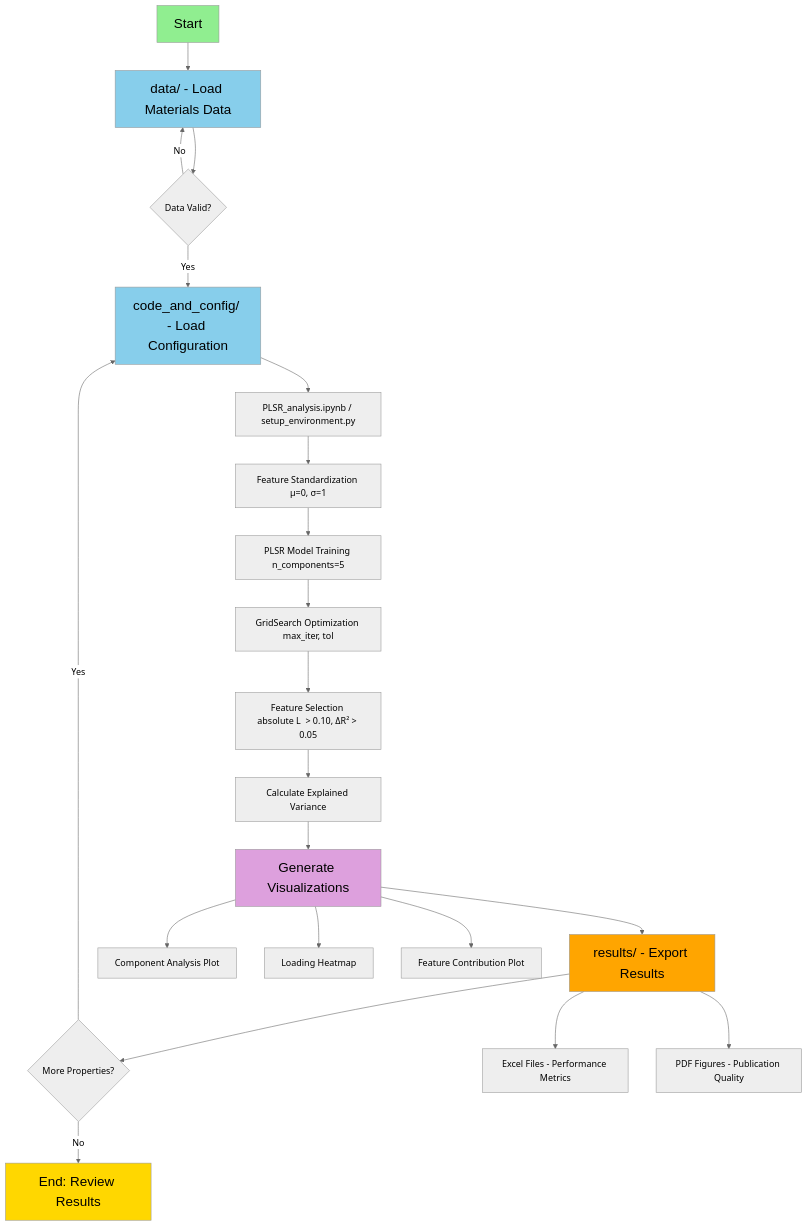
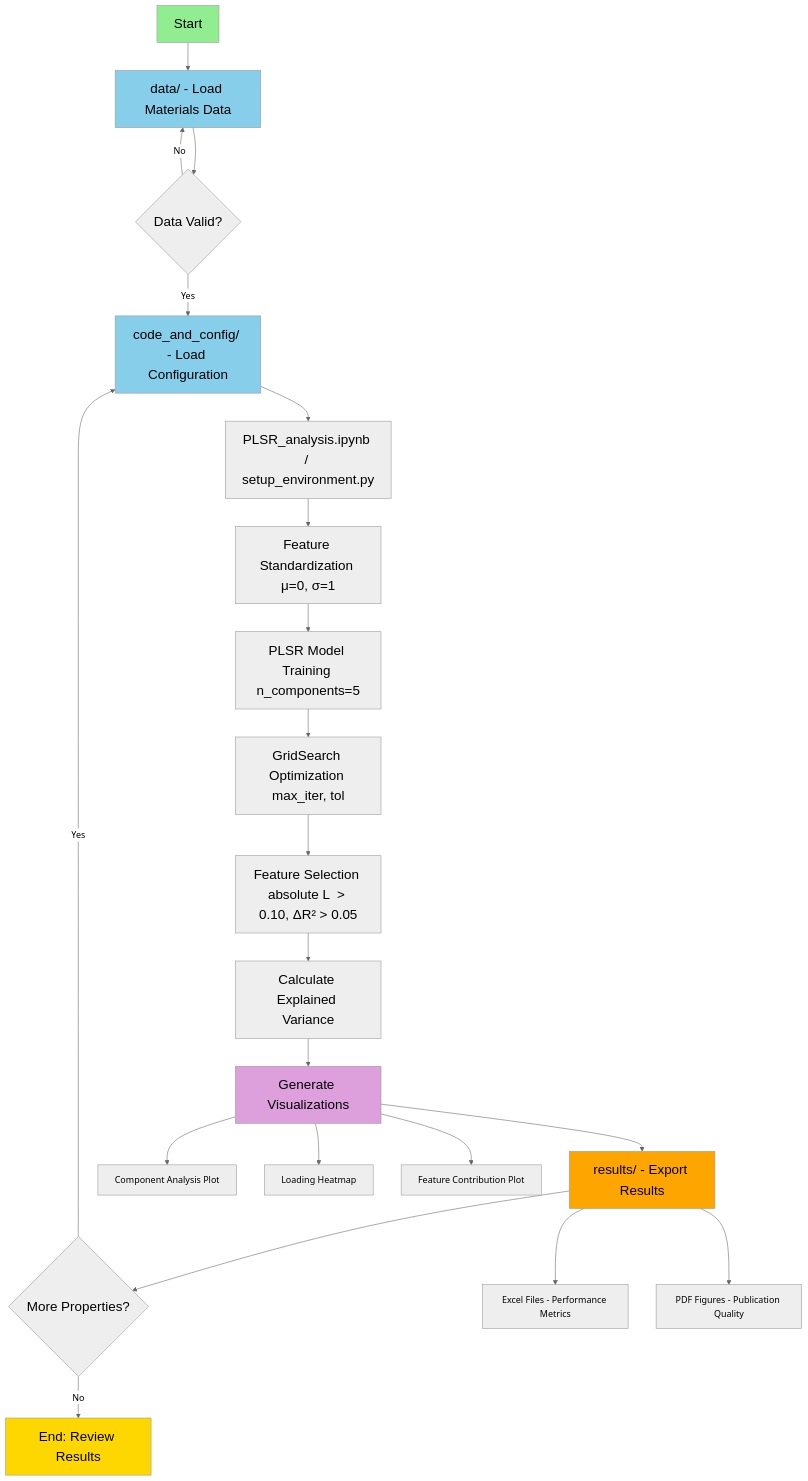
One commit to Shaswat-qm-researcher/Physics-Informed-Symbolic-Regression-for-Phonon-Related-Property-Prediction-and-Materials-Discovery changed the diagram in plsr_feature_selection/README.md. Above: the diagram before and after it, drawn with Mermaid (neutral theme).

````diff
--- a/plsr_feature_selection/README.md
+++ b/plsr_feature_selection/README.md
@@ -24,32 +24,40 @@
 ```mermaid
 flowchart TD
     A[Start] --> B[data/ - Load Materials Data]
     B --> C{Data Valid?}
     C -->|No| B
     C -->|Yes| D[code_and_config/ - Load Configuration]
     D --> E[PLSR_analysis.ipynb / setup_environment.py]
     E --> F[Feature Standardization μ=0, σ=1]
     F --> G[PLSR Model Training n_components=5]
     G --> H[GridSearch Optimization max_iter, tol]
     H --> I[Feature Selection absolute L  > 0.10, ΔR² > 0.05]
     I --> J[Calculate Explained Variance]
     J --> K[Generate Visualizations]
     K --> L[results/ - Export Results]
     L --> M{More Properties?}
     M -->|Yes| D
     M -->|No| N[End: Review Results]
     
     K --> K1[Component Analysis Plot]
     K --> K2[Loading Heatmap]
     K --> K3[Feature Contribution Plot]
     
     L --> L1[Excel Files - Performance Metrics]
     L --> L2[PDF Figures - Publication Quality]
 
 style A fill:#90EE90, font-size:24px, font-family:Arial
+style B fill:#87CEEB, font-size:24px, font-family:Arial
+style C font-size:24px, font-family:Arial
+style D fill:#87CEEB, font-size:24px, font-family:Arial
+style E font-size:24px, font-family:Arial
+style F font-size:24px, font-family:Arial
+style G font-size:24px, font-family:Arial
+style H font-size:24px, font-family:Arial
+style I font-size:24px, font-family:Arial
+style J font-size:24px, font-family:Arial
+style K fill:#DDA0DD, font-size:24px, font-family:Arial
+style L fill:#FFA500, font-size:24px, font-family:Arial
+style M font-size:24px, font-family:Arial
 style N fill:#FFD700, font-size:24px, font-family:Arial
-style B fill:#87CEEB, font-size:24px, font-family:Arial
-style D fill:#87CEEB, font-size:24px, font-family:Arial
-style L fill:#FFA500, font-size:24px, font-family:Arial
-style K fill:#DDA0DD, font-size:24px, font-family:Arial
 ```
````
